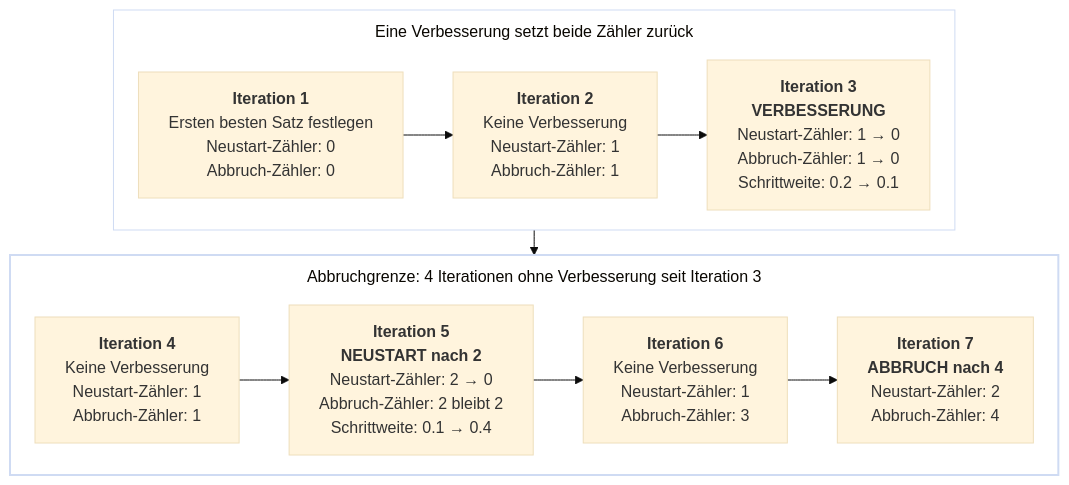
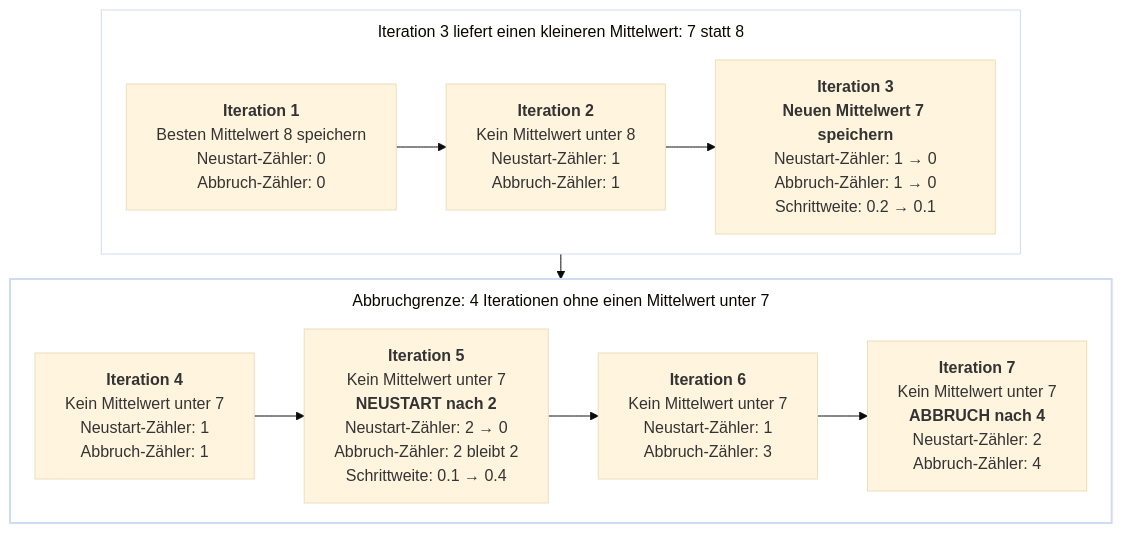
Before and after one commit to ghackenberg/SpineML: diagram 15 of 15 in README.md, drawn with Mermaid (base theme). The commit also changed other lines of this file, not shown here.

Commit message:
Make iteration comparisons and counter outcomes explicit in README

````diff
--- a/README.md
+++ b/README.md
@@ -2472,33 +2483,33 @@
 ```mermaid
 ---
 config:
   flowchart:
     wrappingWidth: 220
     rankSpacing: 25
     nodeSpacing: 20
     subGraphTitleMargin:
       top: 10
       bottom: 20
 ---
 flowchart TB
-    subgraph Verbesserung["Eine Verbesserung setzt beide Zähler zurück"]
+    subgraph Verbesserung["Iteration 3 liefert einen kleineren Mittelwert: 7 statt 8"]
         direction LR
-        A["<b>Iteration 1</b><br/>Ersten besten Satz festlegen<br/>Neustart-Zähler: 0<br/>Abbruch-Zähler: 0"]
-        B["<b>Iteration 2</b><br/>Keine Verbesserung<br/>Neustart-Zähler: 1<br/>Abbruch-Zähler: 1"]
-        C["<b>Iteration 3</b><br/><b>VERBESSERUNG</b><br/>Neustart-Zähler: 1 → 0<br/>Abbruch-Zähler: 1 → 0<br/>Schrittweite: 0.2 → 0.1"]
+        A["<b>Iteration 1</b><br/>Besten Mittelwert 8 speichern<br/>Neustart-Zähler: 0<br/>Abbruch-Zähler: 0"]
+        B["<b>Iteration 2</b><br/>Kein Mittelwert unter 8<br/>Neustart-Zähler: 1<br/>Abbruch-Zähler: 1"]
+        C["<b>Iteration 3</b><br/><b>Neuen Mittelwert 7 speichern</b><br/>Neustart-Zähler: 1 → 0<br/>Abbruch-Zähler: 1 → 0<br/>Schrittweite: 0.2 → 0.1"]
         A --> B --> C
     end
 
-    subgraph Grenze["Abbruchgrenze: 4 Iterationen ohne Verbesserung seit Iteration 3"]
+    subgraph Grenze["Abbruchgrenze: 4 Iterationen ohne einen Mittelwert unter 7"]
         direction LR
-        D["<b>Iteration 4</b><br/>Keine Verbesserung<br/>Neustart-Zähler: 1<br/>Abbruch-Zähler: 1"]
-        E["<b>Iteration 5</b><br/><b>NEUSTART nach 2</b><br/>Neustart-Zähler: 2 → 0<br/>Abbruch-Zähler: 2 bleibt 2<br/>Schrittweite: 0.1 → 0.4"]
-        F["<b>Iteration 6</b><br/>Keine Verbesserung<br/>Neustart-Zähler: 1<br/>Abbruch-Zähler: 3"]
-        G["<b>Iteration 7</b><br/><b>ABBRUCH nach 4</b><br/>Neustart-Zähler: 2<br/>Abbruch-Zähler: 4"]
+        D["<b>Iteration 4</b><br/>Kein Mittelwert unter 7<br/>Neustart-Zähler: 1<br/>Abbruch-Zähler: 1"]
+        E["<b>Iteration 5</b><br/>Kein Mittelwert unter 7<br/><b>NEUSTART nach 2</b><br/>Neustart-Zähler: 2 → 0<br/>Abbruch-Zähler: 2 bleibt 2<br/>Schrittweite: 0.1 → 0.4"]
+        F["<b>Iteration 6</b><br/>Kein Mittelwert unter 7<br/>Neustart-Zähler: 1<br/>Abbruch-Zähler: 3"]
+        G["<b>Iteration 7</b><br/>Kein Mittelwert unter 7<br/><b>ABBRUCH nach 4</b><br/>Neustart-Zähler: 2<br/>Abbruch-Zähler: 4"]
         D --> E --> F --> G
     end
 
     Verbesserung --> Grenze
     style Verbesserung fill:transparent,stroke-width:1px
     style Grenze fill:transparent,stroke-width:2px
 ```
````
